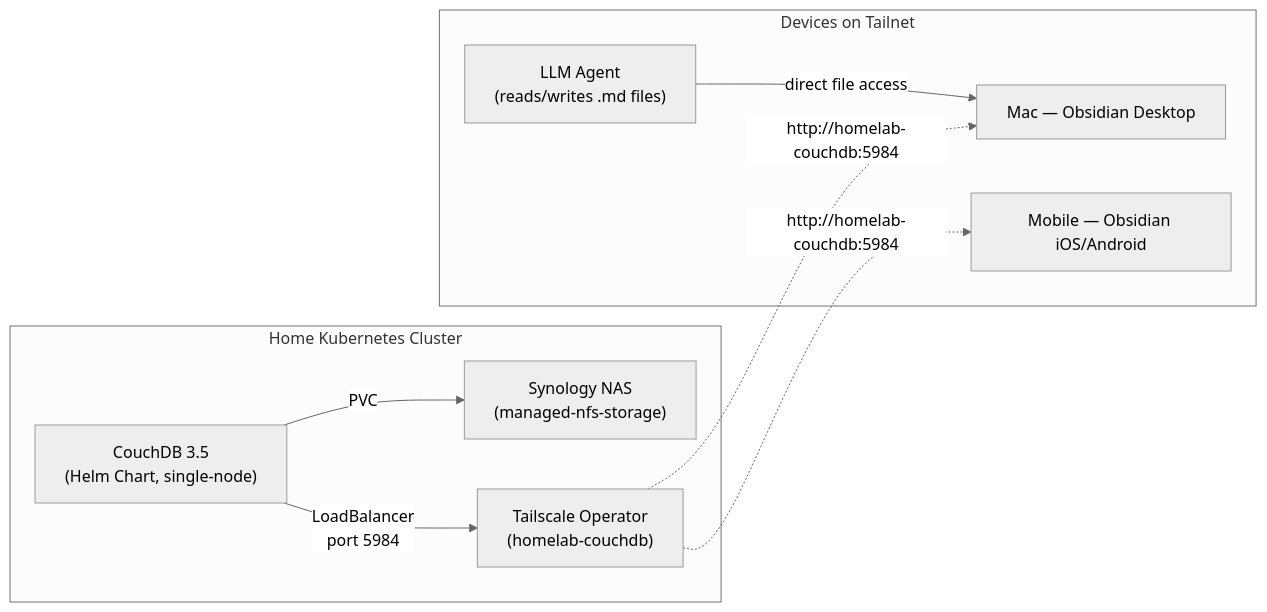
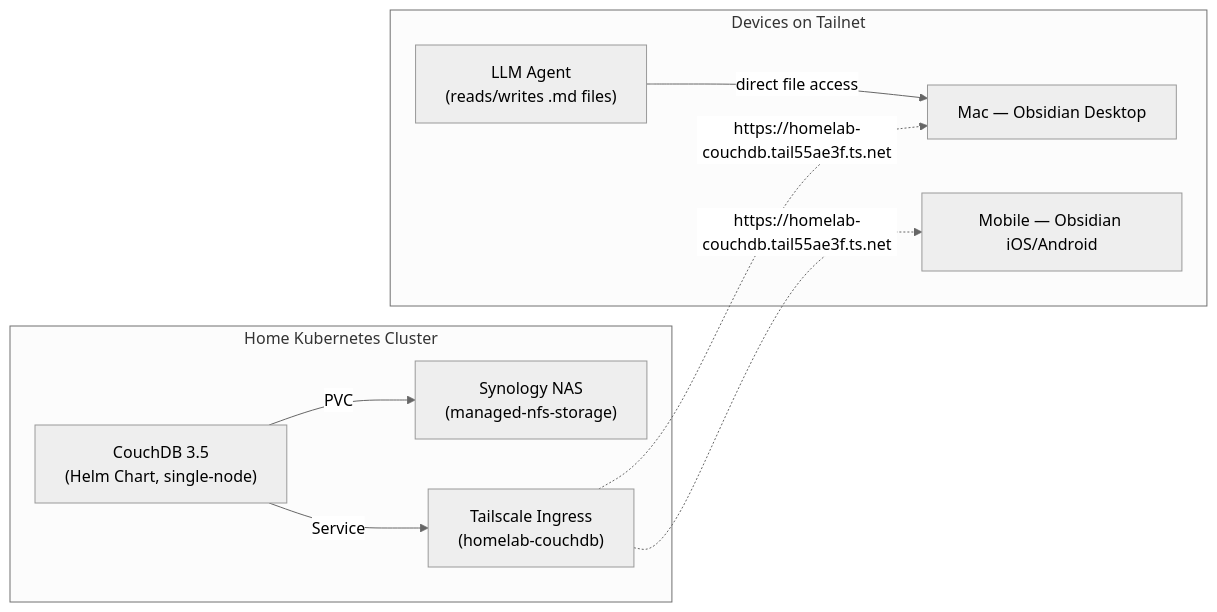
One commit to bpafoshizle/home-kube-setup changed the diagram in docs/kube/OBSIDIAN.md. Above: the diagram before and after it, drawn with Mermaid (neutral theme). The commit also changed other lines of this file and 3 other files, not shown here.

Commit message:
feat(obsidian): enable https sync via tailscale ingress (#58)

````diff
--- a/docs/kube/OBSIDIAN.md
+++ b/docs/kube/OBSIDIAN.md
@@ -7,20 +7,20 @@
 ```mermaid
 graph LR
     subgraph "Home Kubernetes Cluster"
         CDB["CouchDB 3.5<br/>(Helm Chart, single-node)"]
         NFS["Synology NAS<br/>(managed-nfs-storage)"]
-        TS["Tailscale Operator<br/>(homelab-couchdb)"]
+        TS["Tailscale Ingress<br/>(homelab-couchdb)"]
     end
 
     subgraph "Devices on Tailnet"
         MAC["Mac — Obsidian Desktop"]
         PHONE["Mobile — Obsidian iOS/Android"]
         AGENT["LLM Agent<br/>(reads/writes .md files)"]
     end
 
     CDB -->|"PVC"| NFS
-    CDB -->|"LoadBalancer<br/>port 5984"| TS
-    TS -.->|"http://homelab-couchdb:5984"| MAC
-    TS -.->|"http://homelab-couchdb:5984"| PHONE
+    CDB -->|"Service"| TS
+    TS -.->|"https://homelab-couchdb.tail55ae3f.ts.net"| MAC
+    TS -.->|"https://homelab-couchdb.tail55ae3f.ts.net"| PHONE
     AGENT -->|"direct file access"| MAC
 ```
````
